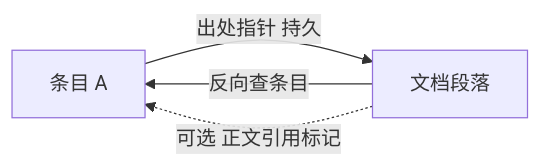
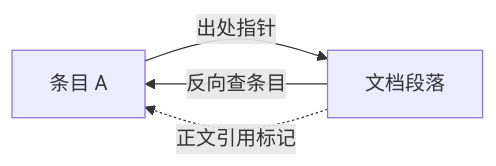
Before and after one commit to SteamedBread2333/imprint: the fourth of 6 diagrams in docs/agent-memory-hallucination.zh.md, drawn with Mermaid. The commit also changed other lines of this file and 3 other files, not shown here.

````diff
--- a/docs/agent-memory-hallucination.zh.md
+++ b/docs/agent-memory-hallucination.zh.md
@@ -133,7 +130,7 @@
 ```mermaid
 flowchart LR
   E[条目 A]
-  E -->|出处指针 持久| C[文档段落]
+  E -->|出处指针| C[文档段落]
   C -->|反向查条目| E
-  C -.->|可选 正文引用标记| E
+  C -.->|正文引用标记| E
 ```
````
